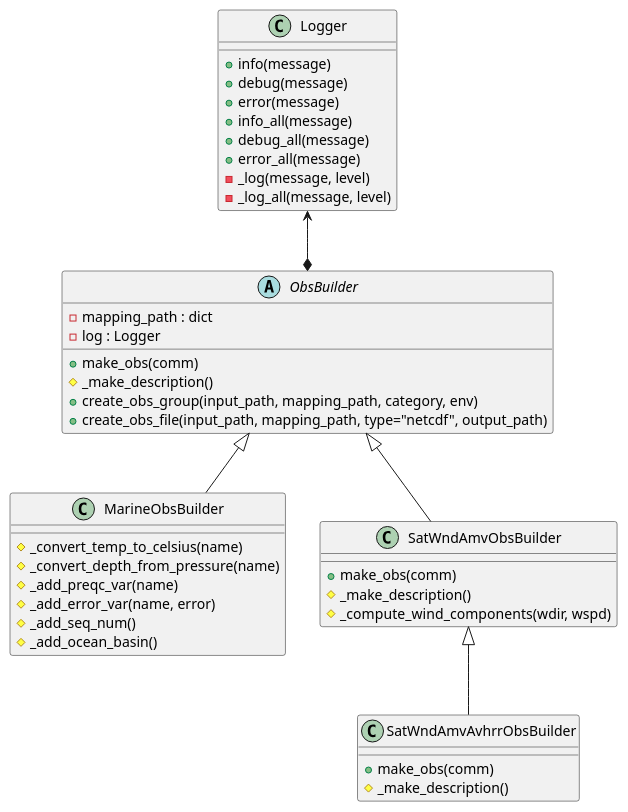
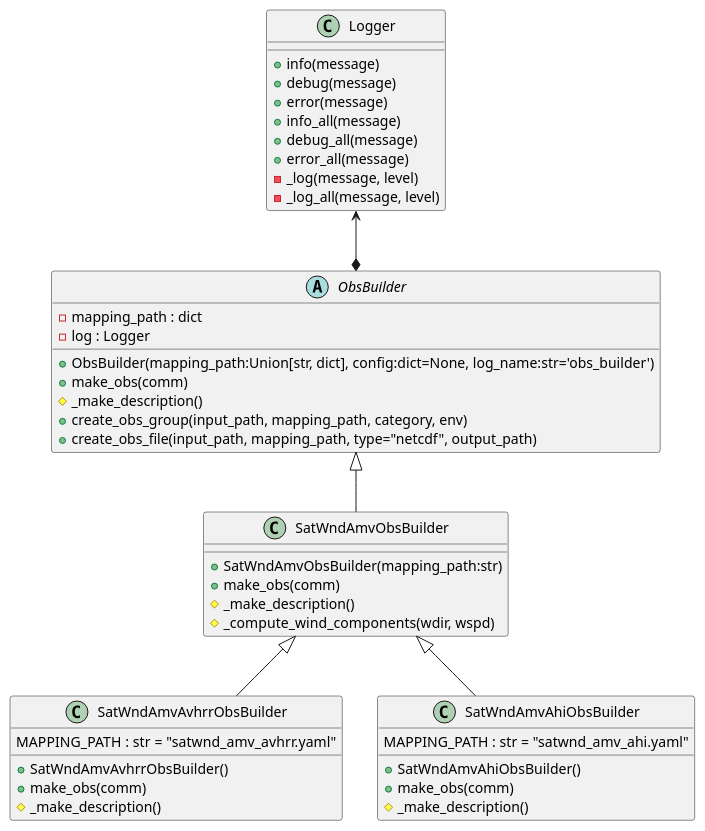
Before and after one commit to NOAA-EMC/bufr-query: the diagram in docs/uml/BUFR_ObsBuilder.puml, drawn with PlantUML. The commit also changed 4 other files, not shown here.

```diff
--- a/docs/uml/BUFR_ObsBuilder.puml
+++ b/docs/uml/BUFR_ObsBuilder.puml
@@ -1,57 +1,59 @@
 @startuml
 'skinparam dpi 300
 'scale 1024 width
 
 class Logger
 {
   + info(message)
   + debug(message)
   + error(message)
   + info_all(message)
   + debug_all(message)
   + error_all(message)
   - _log(message, level)
   - _log_all(message, level)
 }
 
 abstract class ObsBuilder
 {
   - mapping_path : dict
   - log : Logger
 
+  + ObsBuilder(mapping_path:Union[str, dict], config:dict=None, log_name:str='obs_builder')
   + make_obs(comm)
   # _make_description()
   + create_obs_group(input_path, mapping_path, category, env)
   + create_obs_file(input_path, mapping_path, type="netcdf", output_path)
 }
 
-class MarineObsBuilder
-{
-  # _convert_temp_to_celsius(name)
-  # _convert_depth_from_pressure(name)
-  # _add_preqc_var(name)
-  # _add_error_var(name, error)
-  # _add_seq_num()
-  # _add_ocean_basin()
-}
-
 class SatWndAmvObsBuilder
 {
+  + SatWndAmvObsBuilder(mapping_path:str)
   + make_obs(comm)
   # _make_description()
   # _compute_wind_components(wdir, wspd)
 }
 
 class SatWndAmvAvhrrObsBuilder
 {
+  MAPPING_PATH : str = "satwnd_amv_avhrr.yaml"
+  + SatWndAmvAvhrrObsBuilder()
+  + make_obs(comm)
+  # _make_description()
+}
+
+class SatWndAmvAhiObsBuilder
+{
+   MAPPING_PATH : str = "satwnd_amv_ahi.yaml"
+  + SatWndAmvAhiObsBuilder()
   + make_obs(comm)
   # _make_description()
 }
 
 Logger <--* ObsBuilder
-ObsBuilder <|-- MarineObsBuilder
 ObsBuilder <|-- SatWndAmvObsBuilder
 SatWndAmvObsBuilder <|-- SatWndAmvAvhrrObsBuilder
+SatWndAmvObsBuilder <|-- SatWndAmvAhiObsBuilder
 
 
 @enduml
```
